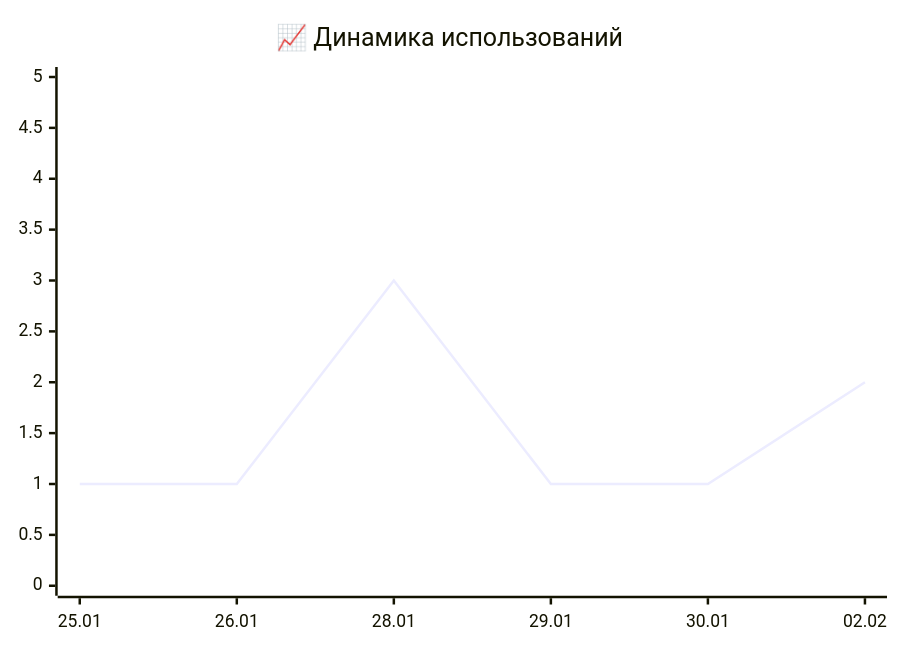
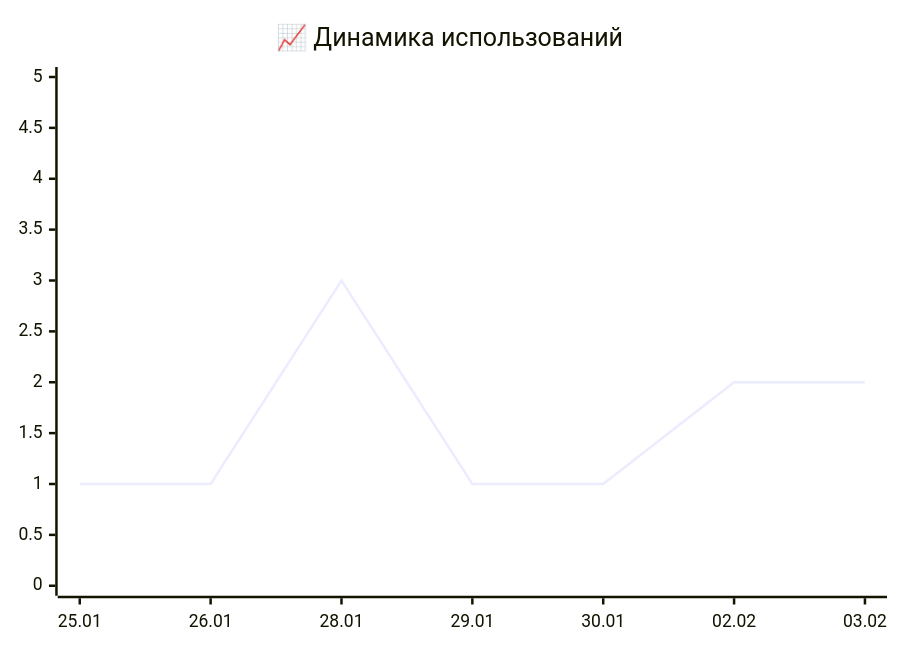
One commit to IliaKurdukov/the_security_curves changed the first of 2 diagrams in README.md. Above: the diagram before and after it, drawn with Mermaid. The commit also changed other lines of this file, not shown here.

Commit message:
📊 Обновление аналитики 2026-02-04

````diff
--- a/README.md
+++ b/README.md
@@ -34,16 +34,16 @@
 ```mermaid
 %%{init: {'config': {
   'xychart': {
     'width': 400,
     'height': 300,
     'showDataLabel': true,
     'plotColorPalette': '#3572a5'
   }
 }}}%%
 xychart-beta
     title "📈 Динамика использований"
-    x-axis ["25.01", "26.01", "28.01", "29.01", "30.01", "02.02"]
+    x-axis ["25.01", "26.01", "28.01", "29.01", "30.01", "02.02", "03.02"]
     y-axis "" 0 --> 5
-    line [1, 1, 3, 1, 1, 2]
+    line [1, 1, 3, 1, 1, 2, 2]
 
 ```
````
